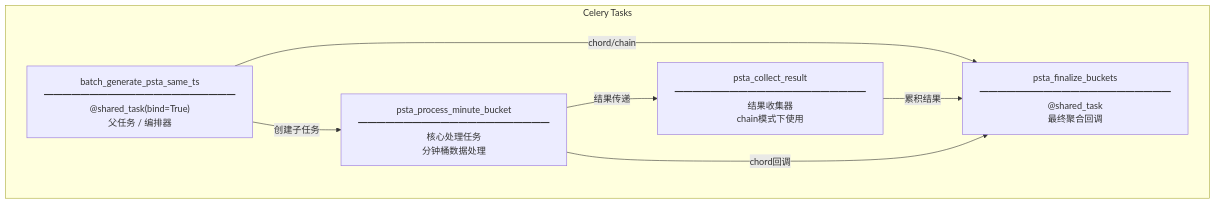
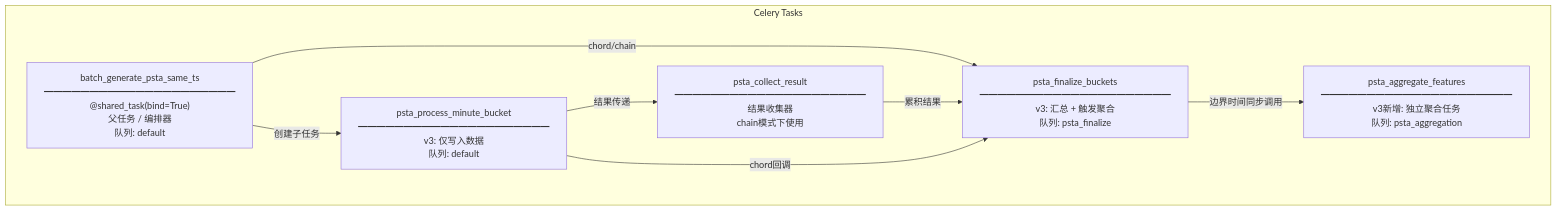
The fifth of 6 diagrams in docs/TIMESTAMP_ALIGNMENT_TASK_FLOWCHART.md (zhujiansamuel/YamagotiProjects), drawn with Mermaid before and after one commit. The commit also changed other lines of this file and 3 other files, not shown here.

First line of the commit message:
refactor: PSTA v3 - move aggregation to finalize with separate task

````diff
--- a/docs/TIMESTAMP_ALIGNMENT_TASK_FLOWCHART.md
+++ b/docs/TIMESTAMP_ALIGNMENT_TASK_FLOWCHART.md
@@ -213,18 +219,21 @@
 ```mermaid
 flowchart TB
     subgraph Tasks["Celery Tasks"]
-        T1["batch_generate_psta_same_ts<br/>━━━━━━━━━━━━━━━━━━━━━<br/>@shared_task(bind=True)<br/>父任务 / 编排器"]
+        T1["batch_generate_psta_same_ts<br/>━━━━━━━━━━━━━━━━━━━━━<br/>@shared_task(bind=True)<br/>父任务 / 编排器<br/>队列: default"]
 
-        T2["psta_process_minute_bucket<br/>━━━━━━━━━━━━━━━━━━━━━<br/>核心处理任务<br/>分钟桶数据处理"]
+        T2["psta_process_minute_bucket<br/>━━━━━━━━━━━━━━━━━━━━━<br/>v3: 仅写入数据<br/>队列: default"]
 
         T3["psta_collect_result<br/>━━━━━━━━━━━━━━━━━━━━━<br/>结果收集器<br/>chain模式下使用"]
 
-        T4["psta_finalize_buckets<br/>━━━━━━━━━━━━━━━━━━━━━<br/>@shared_task<br/>最终聚合回调"]
+        T4["psta_finalize_buckets<br/>━━━━━━━━━━━━━━━━━━━━━<br/>v3: 汇总 + 触发聚合<br/>队列: psta_finalize"]
+
+        T5["psta_aggregate_features<br/>━━━━━━━━━━━━━━━━━━━━━<br/>v3新增: 独立聚合任务<br/>队列: psta_aggregation"]
     end
 
     T1 -->|创建子任务| T2
     T1 -->|chord/chain| T4
     T2 -->|结果传递| T3
     T3 -->|累积结果| T4
     T2 -->|chord回调| T4
+    T4 -->|边界时间同步调用| T5
 ```
````
